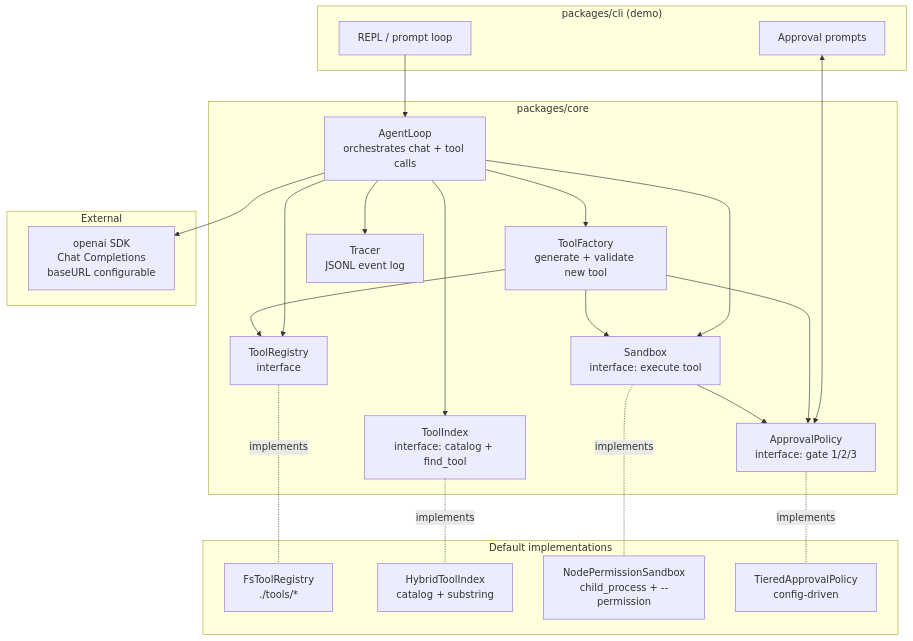
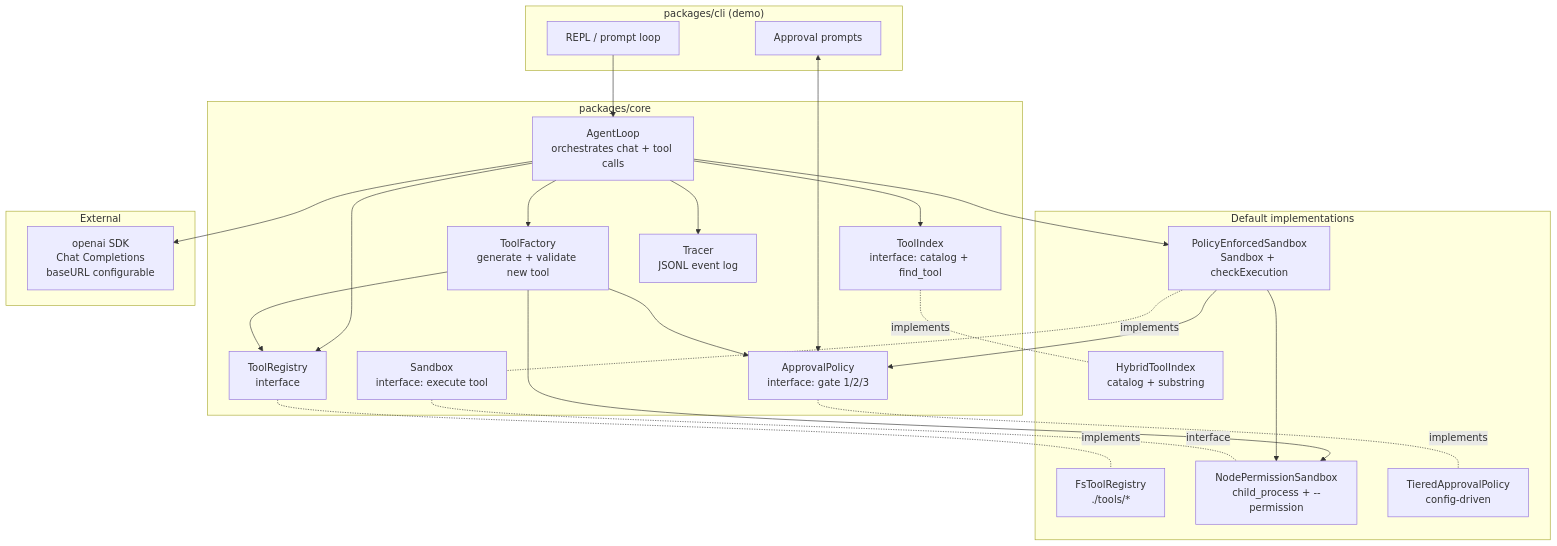
One commit to slior/meta-agent changed the first of 4 diagrams in docs/meta-tool-design.md. Above: the diagram before and after it, drawn with Mermaid. The commit also changed other lines of this file and 20 other files, not shown here.

First line of the commit message:
Refactor approval mechanism with PolicyEnforcedSandbox

````diff
--- a/docs/meta-tool-design.md
+++ b/docs/meta-tool-design.md
@@ -53,46 +53,49 @@
 ```mermaid
 flowchart TB
     subgraph CLI["packages/cli (demo)"]
         REPL[REPL / prompt loop]
         TUI[Approval prompts]
     end
 
     subgraph Core["packages/core"]
         AL[AgentLoop<br/>orchestrates chat + tool calls]
         TR[ToolRegistry<br/>interface]
         TI[ToolIndex<br/>interface: catalog + find_tool]
         SB[Sandbox<br/>interface: execute tool]
         AP[ApprovalPolicy<br/>interface: gate 1/2/3]
         TF[ToolFactory<br/>generate + validate new tool]
         TRC[Tracer<br/>JSONL event log]
     end
 
     subgraph Impls["Default implementations"]
         FSR[FsToolRegistry<br/>./tools/*]
         HYB[HybridToolIndex<br/>catalog + substring]
+        PES[PolicyEnforcedSandbox<br/>Sandbox + checkExecution]
         NPS[NodePermissionSandbox<br/>child_process + --permission]
         TAP[TieredApprovalPolicy<br/>config-driven]
     end
 
     subgraph External
         LLM[openai SDK<br/>Chat Completions<br/>baseURL configurable]
     end
 
     REPL --> AL
     TUI <--> AP
     AL --> TI
     AL --> TR
-    AL --> SB
+    AL --> PES
     AL --> TF
     AL --> TRC
     AL --> LLM
     TF --> AP
     TF --> TR
-    TF --> SB
-    SB --> AP
+    TF --> NPS
+    PES --> AP
+    PES --> NPS
 
     TR -.implements.- FSR
     TI -.implements.- HYB
-    SB -.implements.- NPS
+    SB -.interface.- NPS
+    PES -.implements.- SB
     AP -.implements.- TAP
 ```
````
